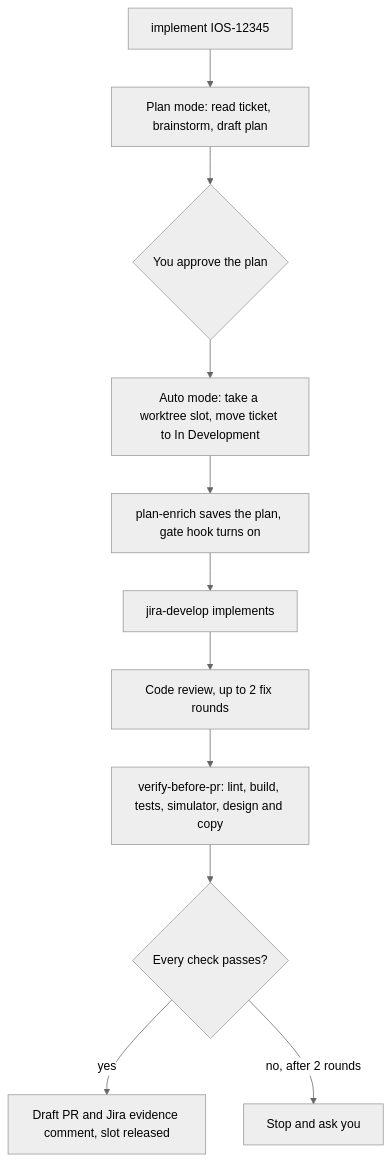
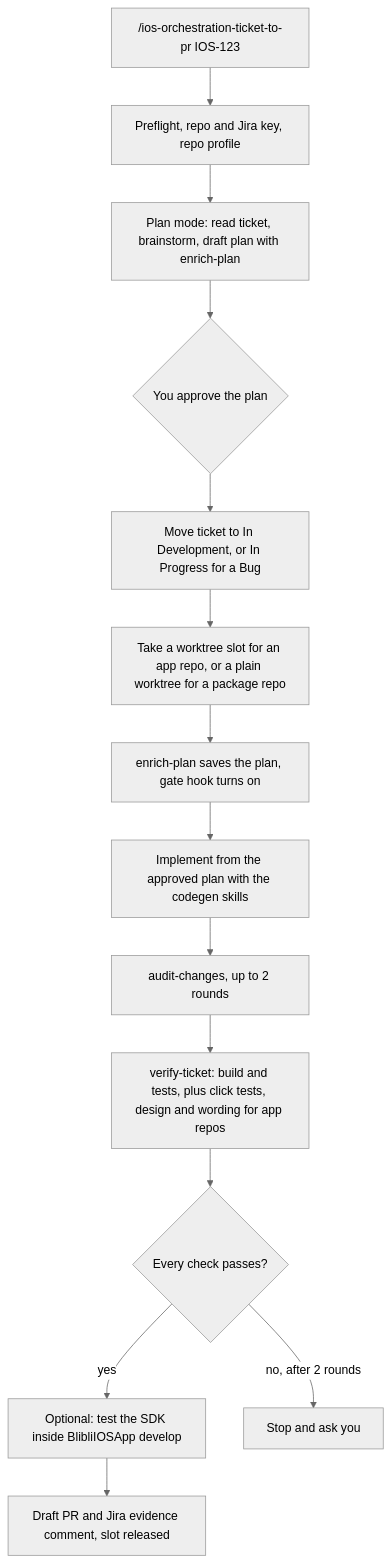
Before and after one commit to gdncomm-aditya-h/adit-mobile-orchestration: the diagram in README.md, drawn with Mermaid (neutral theme). The commit also changed other lines of this file and 6 other files, not shown here.

````diff
--- a/README.md
+++ b/README.md
@@ -70,13 +70,16 @@
 ```mermaid
 flowchart TD
-    A["implement IOS-12345"] --> B["Plan mode: read ticket, brainstorm, draft plan"]
+    A["/ios-orchestration-ticket-to-pr IOS-123"] --> P["Preflight, repo and Jira key, repo profile"]
+    P --> B["Plan mode: read ticket, brainstorm, draft plan with enrich-plan"]
     B --> C{"You approve the plan"}
-    C --> D["Auto mode: take a worktree slot, move ticket to In Development"]
-    D --> E["plan-enrich saves the plan, gate hook turns on"]
-    E --> F["jira-develop implements"]
-    F --> G["Code review, up to 2 fix rounds"]
-    G --> H["verify-before-pr: lint, build, tests, simulator, design and copy"]
-    H --> I{"Every check passes?"}
-    I -- yes --> J["Draft PR and Jira evidence comment, slot released"]
-    I -- no, after 2 rounds --> K["Stop and ask you"]
+    C --> D["Move ticket to In Development, or In Progress for a Bug"]
+    D --> E["Take a worktree slot for an app repo, or a plain worktree for a package repo"]
+    E --> F["enrich-plan saves the plan, gate hook turns on"]
+    F --> G["Implement from the approved plan with the codegen skills"]
+    G --> H["audit-changes, up to 2 rounds"]
+    H --> I["verify-ticket: build and tests, plus click tests, design and wording for app repos"]
+    I --> J{"Every check passes?"}
+    J -- yes --> K["Optional: test the SDK inside BlibliIOSApp develop"]
+    K --> L["Draft PR and Jira evidence comment, slot released"]
+    J -- "no, after 2 rounds" --> M["Stop and ask you"]
 ```
````
